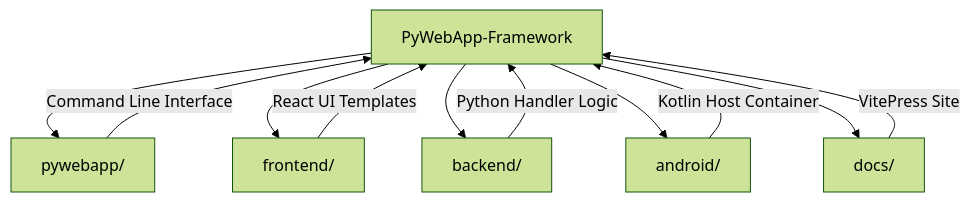
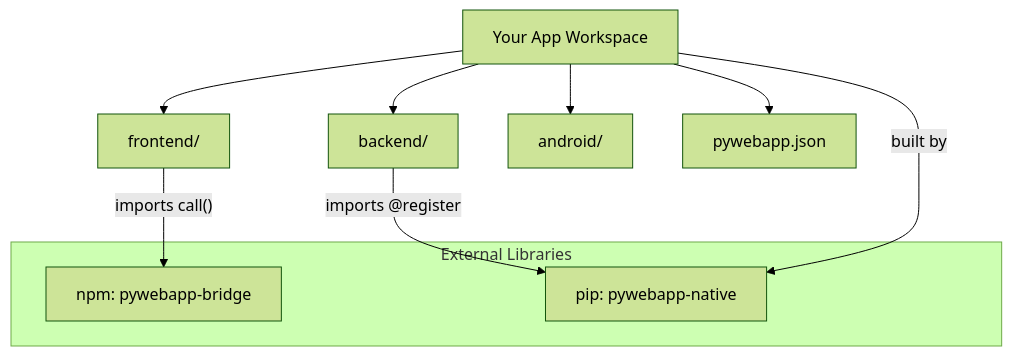
Before and after one commit to SonuSV7719/PyWebApp-Framework: the fifth of 5 diagrams in docs/guide/architecture.md, drawn with Mermaid (forest theme). The commit also changed other lines of this file and 2 other files, not shown here.

Commit message:
docs: Update guides for library-based architecture, setup instructions, and scaling

````diff
--- a/docs/guide/architecture.md
+++ b/docs/guide/architecture.md
@@ -144,14 +144,16 @@
 ```mermaid
 graph TD
-    Root[PyWebApp-Framework] --> CLI[pywebapp/]
-    Root --> UI[frontend/]
+    Root[Your App Workspace] --> UI[frontend/]
     Root --> LOGIC[backend/]
     Root --> MOBILE[android/]
-    Root --> DOCS[docs/]
+    Root --> CONFIG[pywebapp.json]
     
-    CLI -->|"Command Line Interface"| Root
-    UI -->|"React UI Templates"| Root
-    LOGIC -->|"Python Handler Logic"| Root
-    MOBILE -->|"Kotlin Host Container"| Root
-    DOCS -->|"VitePress Site"| Root
+    subgraph "External Libraries"
+        NPM[npm: pywebapp-bridge]
+        PIP[pip: pywebapp-native]
+    end
+    
+    UI -->|"imports call()"| NPM
+    LOGIC -->|"imports @register"| PIP
+    Root -->|"built by"| PIP
 ```
````
